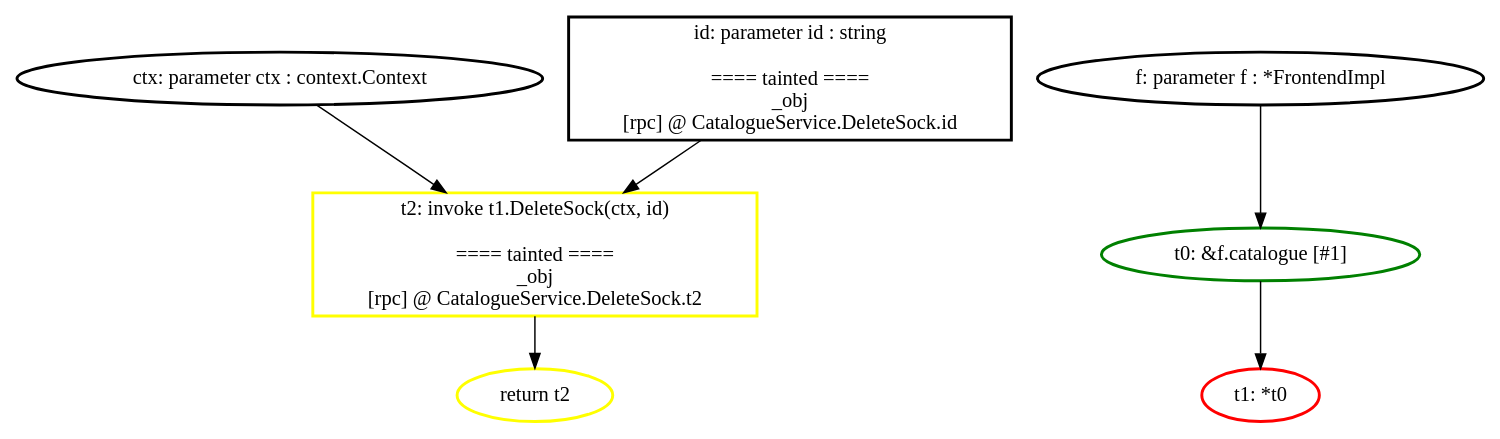
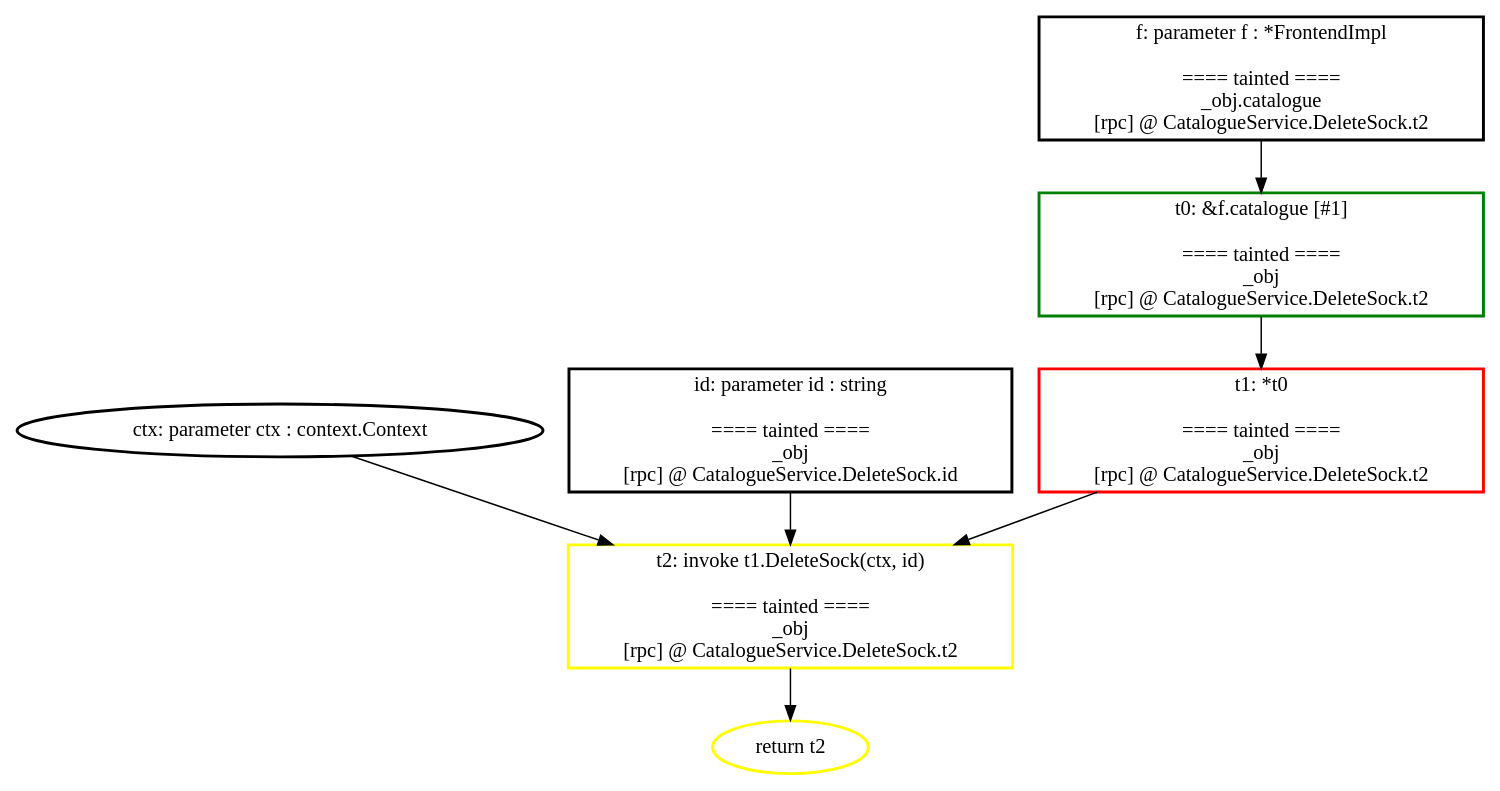
One commit to aletheia-microservices/aletheia changed the diagram in ssa_analysis/analyzer/output/sockshop3/ssagraphs/sockshop3.Frontend.DeleteSock.dot. Above: the diagram before and after it, drawn with Graphviz. The commit also changed 381 other files, not shown here.

```diff
--- a/ssa_analysis/analyzer/output/sockshop3/ssagraphs/sockshop3.Frontend.DeleteSock.dot
+++ b/ssa_analysis/analyzer/output/sockshop3/ssagraphs/sockshop3.Frontend.DeleteSock.dot
@@ -1,26 +1,42 @@
 digraph G {
 	rankdir=TD;
-	N_instr_ret_2797246 [label="return t2", style=bold, shape=ellipse, color="yellow"];
-	N_instr_ret_2797246 [label="return t2", style=bold, shape=ellipse, color="yellow"];
-	N_val_call_2797275 [label="t2: invoke t1.DeleteSock(ctx, id)
+	N_instr_ret_2496851 [label="return t2", style=bold, shape=ellipse, color="yellow"];
+	N_instr_ret_2496851 [label="return t2", style=bold, shape=ellipse, color="yellow"];
+	N_val_call_2496880 [label="t2: invoke t1.DeleteSock(ctx, id)
 
 ==== tainted ====
 _obj
 [rpc] @ CatalogueService.DeleteSock.t2
 ", style=bold, shape=box, color="yellow"];
-	N_val_field_2797255 [label="t0: &f.catalogue [#1]", style=bold, shape=ellipse, color="green"];
-	N_val_param_2797177 [label="f: parameter f : *FrontendImpl", style=bold, shape=ellipse, color="black"];
-	N_val_param_2797205 [label="ctx: parameter ctx : context.Context", style=bold, shape=ellipse, color="black"];
-	N_val_param_2797226 [label="id: parameter id : string
+	N_val_field_2496860 [label="t0: &f.catalogue [#1]
+
+==== tainted ====
+_obj
+[rpc] @ CatalogueService.DeleteSock.t2
+", style=bold, shape=box, color="green"];
+	N_val_param_2496782 [label="f: parameter f : *FrontendImpl
+
+==== tainted ====
+_obj.catalogue
+[rpc] @ CatalogueService.DeleteSock.t2
+", style=bold, shape=box, color="black"];
+	N_val_param_2496810 [label="ctx: parameter ctx : context.Context", style=bold, shape=ellipse, color="black"];
+	N_val_param_2496831 [label="id: parameter id : string
 
 ==== tainted ====
 _obj
 [rpc] @ CatalogueService.DeleteSock.id
 ", style=bold, shape=box, color="black"];
-	N_val_unary_2797255 [label="t1: *t0", style=bold, shape=ellipse, color="red"];
-	N_val_param_2797177 -> N_val_field_2797255;
-	N_val_field_2797255 -> N_val_unary_2797255;
-	N_val_param_2797205 -> N_val_call_2797275;
-	N_val_param_2797226 -> N_val_call_2797275;
-	N_val_call_2797275 -> N_instr_ret_2797246;
+	N_val_unary_2496860 [label="t1: *t0
+
+==== tainted ====
+_obj
+[rpc] @ CatalogueService.DeleteSock.t2
+", style=bold, shape=box, color="red"];
+	N_val_param_2496782 -> N_val_field_2496860;
+	N_val_field_2496860 -> N_val_unary_2496860;
+	N_val_param_2496810 -> N_val_call_2496880;
+	N_val_param_2496831 -> N_val_call_2496880;
+	N_val_unary_2496860 -> N_val_call_2496880;
+	N_val_call_2496880 -> N_instr_ret_2496851;
 }
```
